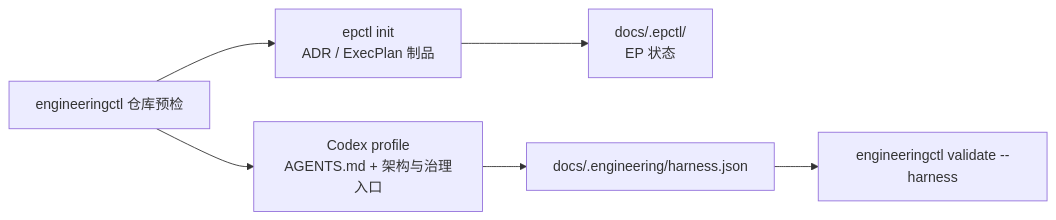
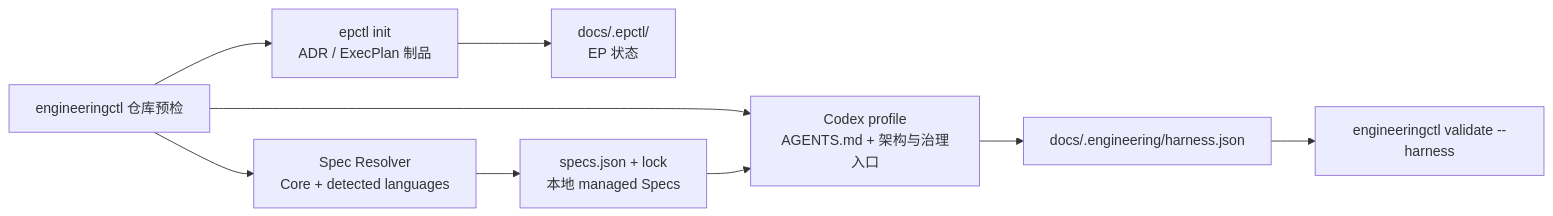
One commit to XiaoWeiKIN/RepoFoundryAI changed the diagram in references/bootstrap.md. Above: the diagram before and after it, drawn with Mermaid. The commit also changed other lines of this file and 27 other files, not shown here.

````diff
--- a/references/bootstrap.md
+++ b/references/bootstrap.md
@@ -9,8 +9,11 @@
 ```mermaid
 flowchart LR
     P["engineeringctl 仓库预检"] --> I["epctl init<br/>ADR / ExecPlan 制品"]
     P --> C["Codex profile<br/>AGENTS.md + 架构与治理入口"]
+    P --> S["Spec Resolver<br/>Core + detected languages"]
     I --> E["docs/.epctl/<br/>EP 状态"]
     C --> M["docs/.engineering/harness.json"]
+    S --> L["specs.json + lock<br/>本地 managed Specs"]
+    L --> C
     M --> V["engineeringctl validate --harness"]
 ```
````
